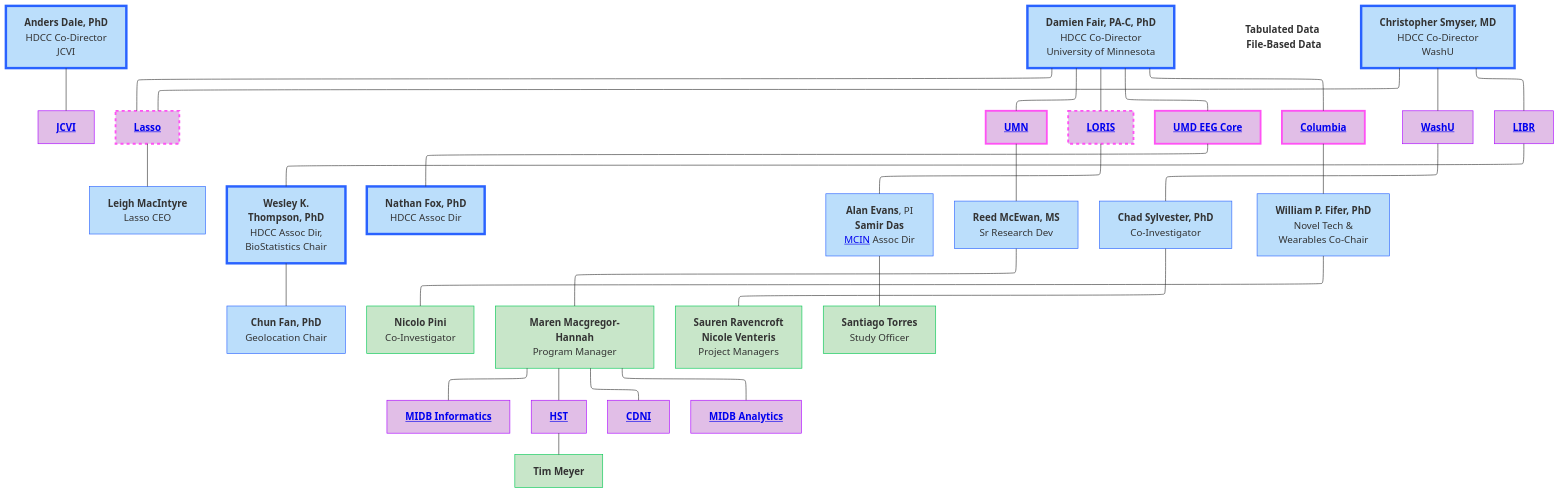
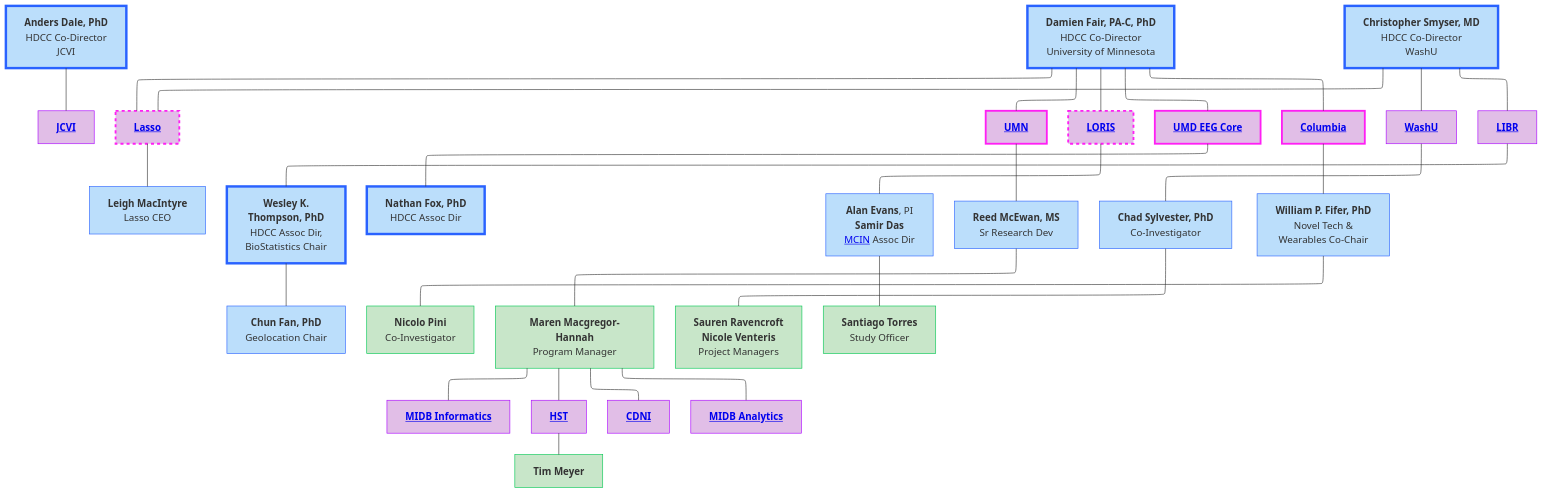
Before and after one commit to DCAN-Labs/hbcd-docs-internal: the first of 3 diagrams in docs/orgcharts.md, drawn with Mermaid. The commit also changed other lines of this file and 1 other file, not shown here.

Commit message:
update overview with release architecture labels

````diff
--- a/docs/orgcharts.md
+++ b/docs/orgcharts.md
@@ -31,69 +30,67 @@
 ```mermaid
 ---
 config:
   layout: elk
 ---
 flowchart TB
     n2["<b>Anders Dale, PhD<br></b>HDCC Co-Director<br>JCVI"] --- jcvi["<a href="#j-craig-venter-institute" target="_top"><b>JCVI</b></a>"]
     E["<b>Damien Fair, PA-C, PhD</b><br>HDCC Co-Director<br>University of Minnesota"] --- lasso["<a href="#lasso" target="_top"><b>Lasso</b></a>"] & umn["<a href="#university-of-minnesota" target="_top"><b>UMN</b></a>"] & n7["<a href="#loris" target="_top"><b>LORIS</b></a>"] & n8["<a href="#university-of-maryland" target="_top"><b>UMD EEG Core</b></a>"] & n11["<a href="#columbia-university" target="_top"><b>Columbia</b></a>"]
     lasso --- lasso1["<b>Leigh MacIntyre</b><br>Lasso CEO"]
-    n36["<span style="display: inline-block; border-top: 4px dashed #FF52F4; width: 40px; vertical-align: middle; margin-right: 8px;"></span><span><b>Tabulated Data</b></span><br><span style="display: inline-block; border-top: 4px solid #FF52F4; width: 45px; vertical-align: middle; margin-right: 8px;"></span><span><b>File-Based Data</b></span>"]
     n1["<b>Christopher Smyser, MD<br></b>HDCC Co-Director<br>WashU"] --- n10["<a href="#washu" target="_top"><b>WashU</b></a>"] & n12["<a href="#libr" target="_top"><b>LIBR</b></a>"] & lasso
     n16["<b>Wesley K.<br>Thompson, PhD</b><br>HDCC Assoc Dir,<br>BioStatistics Chair"] --- n17["<b>Chun Fan, PhD</b><br>Geolocation Chair"]
     n12 --- n16
     n8 --- n19["<b>Nathan Fox, PhD<br></b>HDCC Assoc Dir"]
     n7 --- n20["<b>Alan Evans</b>, PI<br><b>Samir Das</b><br><a href="https://mcin.ca/about-mcin/" target="_blank">MCIN</a> Assoc Dir"]
     umn --- reed["<b>Reed McEwan, MS</b><br>Sr Research Dev"]
     n10 --- n22["<b>Chad Sylvester, PhD</b><br>Co-Investigator"]
     n11 --- n18["<b>William P. Fifer, PhD</b><br>Novel Tech &<br>Wearables Co-Chair"]
     n18 --- n34["<b>Nicolo Pini</b><br>Co-Investigator"]
     reed --- n30["<b>Maren Macgregor-Hannah</b><br>Program Manager"]
     n30 --- n25["<a href="#midb-informatics-hub-msi" target="_top"><b>MIDB Informatics</b></a>"]
     n30 --- n27["<a href="#health-sciences-technology" target="_top"><b>HST</b></a>"]
     n30 --- n28["<a href="#center-for-developmental-neuroimaging" target="_top"><b>CDNI</b></a>"]
     n30 --- n29["<a href="#midb-analytics-hub" target="_top"><b>MIDB Analytics</b></a>"]
     n27 --- n31["<b>Tim Meyer</b>"]
     n22 --- n32["<b>Sauren Ravencroft<br>Nicole Venteris</b><br>Project Managers"]
     n20 --- n33["<b>Santiago Torres</b><br>Study Officer"]
-    style n36 fill:#FFFFFF,stroke:#FFFFFF
     style n2 fill:#BBDEFB,stroke:#2962FF,stroke-width:4px
     style jcvi fill:#E1BEE7,stroke:#AA00FF
     style E fill:#BBDEFB,stroke:#2962FF,stroke-width:4px
-    style lasso fill:#E1BEE7,stroke:#FF52F4,stroke-width:3px,stroke-dasharray: 5
-    style umn fill:#E1BEE7,stroke:#FF52F4,stroke-width:3px,stroke-dasharray: 0
-    style n7 fill:#E1BEE7,stroke:#FF52F4,stroke-width:3px,stroke-dasharray: 5
-    style n8 fill:#E1BEE7,stroke:#FF52F4,stroke-width:3px,stroke-dasharray: 0
-    style n11 fill:#E1BEE7,stroke:#FF52F4,stroke-width:3px,stroke-dasharray: 0
+    style lasso fill:#E1BEE7,stroke:#FF1FF4,stroke-width:3px,stroke-dasharray: 5
+    style umn fill:#E1BEE7,stroke:#FF1FF4,stroke-width:3px,stroke-dasharray: 0
+    style n7 fill:#E1BEE7,stroke:#FF1FF4,stroke-width:3px,stroke-dasharray: 5
+    style n8 fill:#E1BEE7,stroke:#FF1FF4,stroke-width:3px,stroke-dasharray: 0
+    style n11 fill:#E1BEE7,stroke:#FF1FF4,stroke-width:3px,stroke-dasharray: 0
     style lasso1 fill:#BBDEFB,stroke:#2962FF
     style n1 fill:#BBDEFB,stroke:#2962FF,stroke-width:4px
     style n10 fill:#E1BEE7,stroke:#AA00FF
     style n12 fill:#E1BEE7,stroke:#AA00FF
     style n16 fill:#BBDEFB,stroke:#2962FF,stroke-width:4px
     style n17 fill:#BBDEFB,stroke:#2962FF
     style n19 fill:#BBDEFB,stroke:#2962FF,stroke-width:4px
     style n20 fill:#BBDEFB,stroke:#2962FF
     style reed fill:#BBDEFB,stroke:#2962FF
     style n22 fill:#BBDEFB,stroke:#2962FF
     style n18 fill:#BBDEFB,stroke:#2962FF
     style n25 fill:#E1BEE7,stroke:#AA00FF
     style n27 fill:#E1BEE7,stroke:#AA00FF
     style n28 fill:#E1BEE7,stroke:#AA00FF
     style n29 fill:#E1BEE7,stroke:#AA00FF
     style n30 fill:#C8E6C9,stroke:#00C853
     style n31 fill:#C8E6C9,stroke:#00C853
     style n32 fill:#C8E6C9,stroke:#00C853
     style n33 fill:#C8E6C9,stroke:#00C853
     style n34 fill:#C8E6C9,stroke:#00C853
     click jcvi "#j-craig-venter-institute"
     click lasso "#lasso"
     click umn "#university-of-minnesota"
     click n7 "#loris"
     click n8 "#university-of-maryland"
     click n10 "#washu"
     click n25 "#midb-informatics-hub-msi"
     click n29 "#midb-analytics-hub"
     click n27 "#health-sciences-technology"
     click n28 "#center-for-developmental-neuroimaging"
     click n12 "#libr"
     click n11 "#columbia-university"
 ```
````
